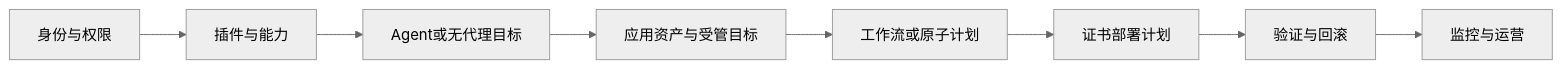
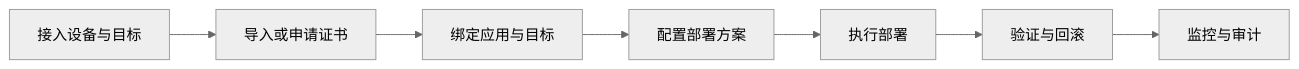
Before and after one commit to tlsflow/TLSFlow: the diagram in docs/Documentation/index.md, drawn with Mermaid (neutral theme). The commit also changed other lines of this file and 6 other files, not shown here.

````diff
--- a/docs/Documentation/index.md
+++ b/docs/Documentation/index.md
@@ -51,10 +47,9 @@
 ```mermaid
 flowchart LR
-  A[身份与权限] --> B[插件与能力]
-  B --> C[Agent或无代理目标]
-  C --> D[应用资产与受管目标]
-  D --> E[工作流或原子计划]
-  E --> F[证书部署计划]
-  F --> G[验证与回滚]
-  G --> H[监控与运营]
+  A[接入设备与目标] --> B[导入或申请证书]
+  B --> C[绑定应用与目标]
+  C --> D[配置部署方案]
+  D --> E[执行部署]
+  E --> F[验证与回滚]
+  F --> G[监控与审计]
 ```
````
